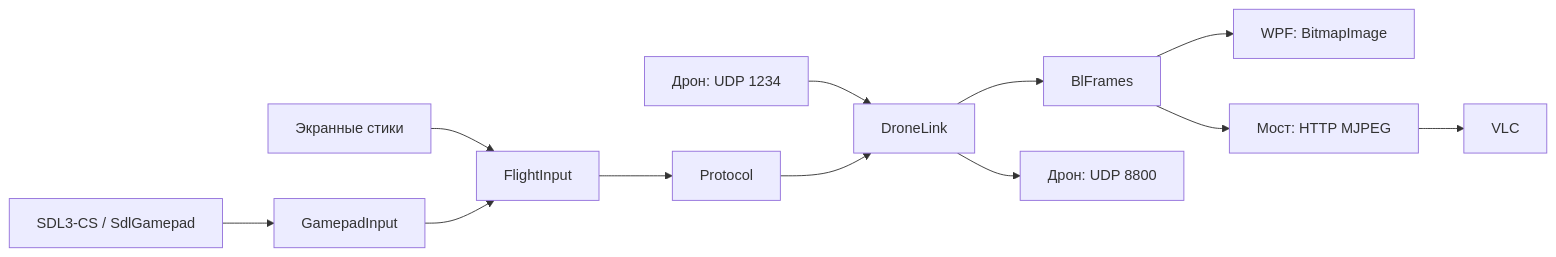
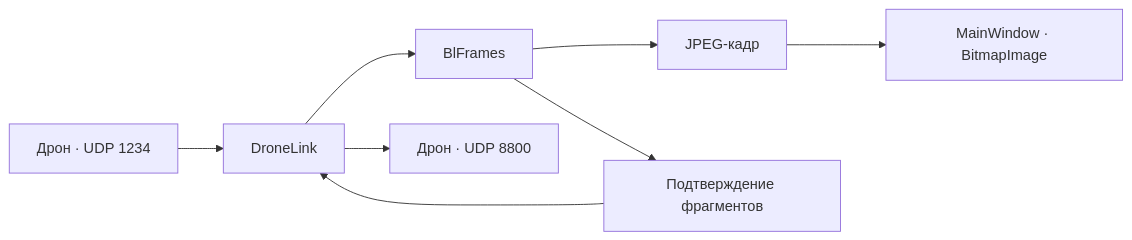
One commit to Atirti/drone-control changed the diagram in docs/ARCHITECTURE.md. Above: the diagram before and after it, drawn with Mermaid. The commit also changed other lines of this file and 6 other files, not shown here.

````diff
--- a/docs/ARCHITECTURE.md
+++ b/docs/ARCHITECTURE.md
@@ -17,14 +39,10 @@
 ```mermaid
 flowchart LR
-    Camera[Дрон: UDP 1234] --> Link[DroneLink]
+    Drone["Дрон · UDP 1234"] --> Link[DroneLink]
     Link --> Frames[BlFrames]
-    Frames --> Image[WPF: BitmapImage]
-    Frames --> HTTP[Мост: HTTP MJPEG]
-    HTTP --> VLC[VLC]
-    Sticks[Экранные стики] --> Input[FlightInput]
-    Gamepad[SDL3-CS / SdlGamepad] --> Gate[GamepadInput]
-    Gate --> Input
-    Input --> Protocol[Protocol]
-    Protocol --> Link
-    Link --> Device[Дрон: UDP 8800]
+    Frames --> JPEG["JPEG-кадр"]
+    JPEG --> Window["MainWindow · BitmapImage"]
+    Frames --> ACK["Подтверждение фрагментов"]
+    ACK --> Link
+    Link --> Device["Дрон · UDP 8800"]
 ```
````
